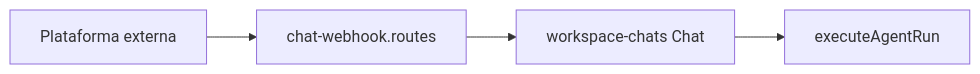
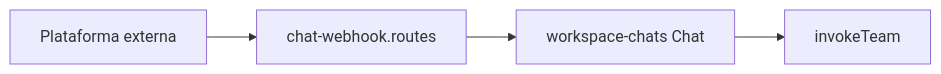
Before and after one commit to whitebeardit/agents-team-crafter: the diagram in v0-team-ai-crafter/docs/chat-sdk.md, drawn with Mermaid. The commit also changed other lines of this file and 67 other files, not shown here.

````diff
--- a/v0-team-ai-crafter/docs/chat-sdk.md
+++ b/v0-team-ai-crafter/docs/chat-sdk.md
@@ -64,11 +64,11 @@
 ```mermaid
 flowchart LR
   Ext[Plataforma externa]
   Hook[chat-webhook.routes]
   ChatMod[workspace-chats Chat]
-  Run[executeAgentRun]
+  Run[invokeTeam]
 
   Ext --> Hook
   Hook --> ChatMod
   ChatMod --> Run
 ```
````
